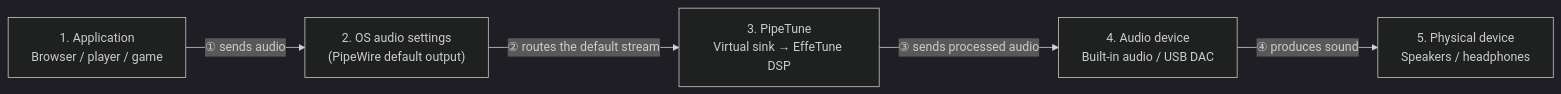
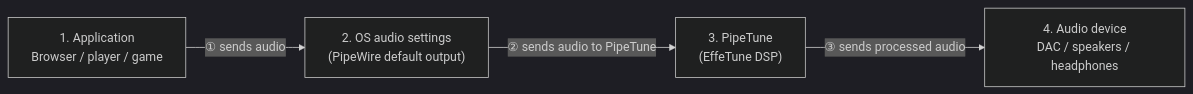
The diagram in README.md (kekyo/pipetune), drawn with Mermaid (dark theme) before and after one commit. The commit also changed other lines of this file and 4 other files, not shown here.

````diff
--- a/README.md
+++ b/README.md
@@ -27,13 +105,11 @@
 ```mermaid
 flowchart LR
     app["1. Application<br/>Browser / player / game"]
     os["2. OS audio settings<br/>(PipeWire default output)"]
-    tune["3. PipeTune<br/>Virtual sink → EffeTune DSP"]
-    device["4. Audio device<br/>Built-in audio / USB DAC"]
-    physical["5. Physical device<br/>Speakers / headphones"]
+    tune["3. PipeTune<br/>(EffeTune DSP)"]
+    device["4. Audio device<br/>DAC / speakers / headphones"]
 
     app -->|"① sends audio"| os
-    os -->|"② routes the default stream"| tune
+    os -->|"② sends audio to PipeTune"| tune
     tune -->|"③ sends processed audio"| device
-    device -->|"④ produces sound"| physical
 ```
````
